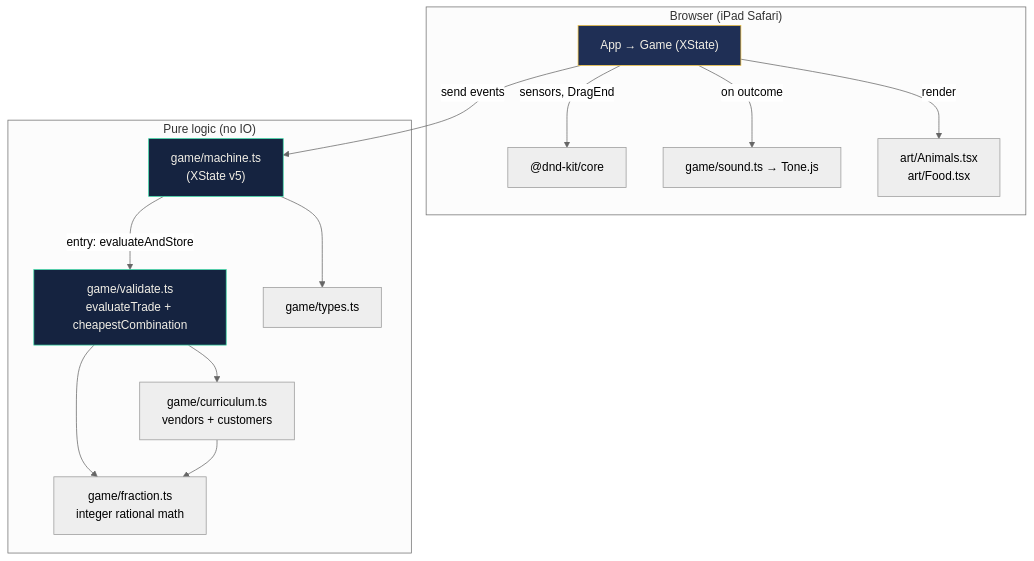
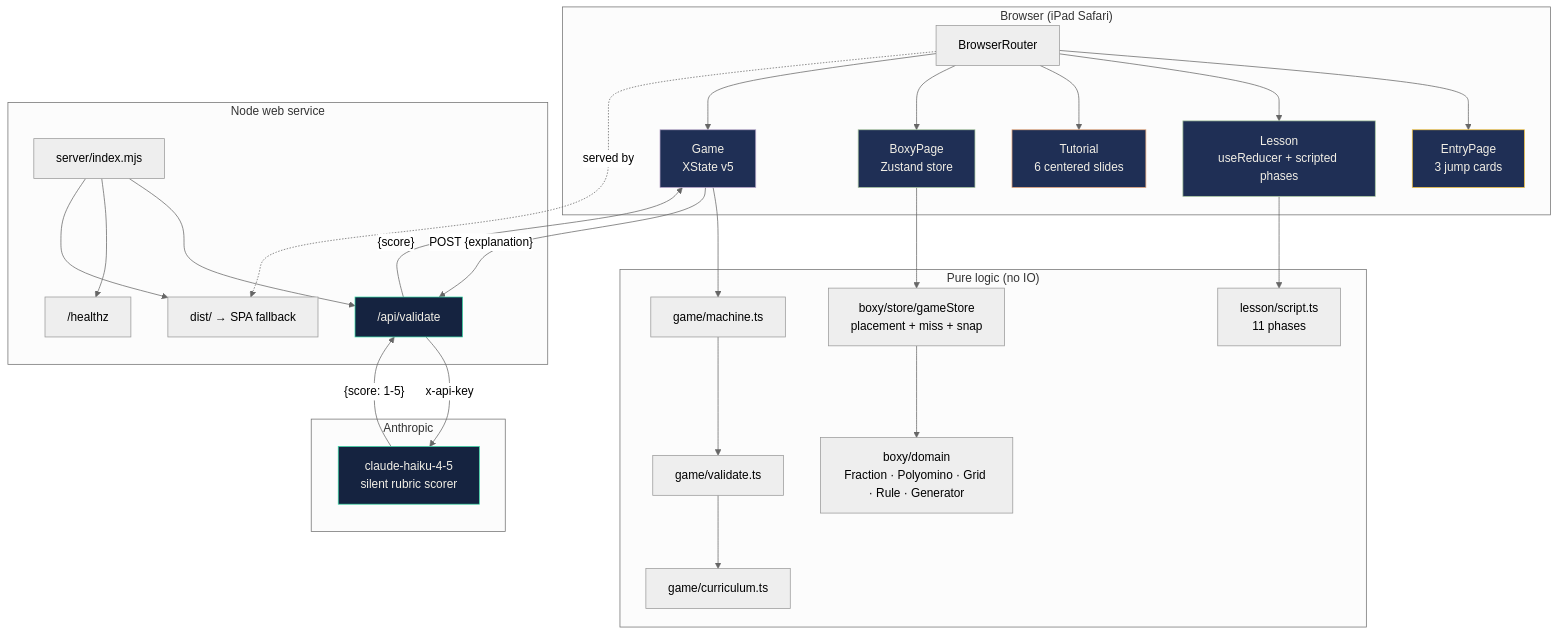
The first of 4 diagrams in docs/ARCHITECTURE.md (scott-lydon/clone-synthesis-tutor), drawn with Mermaid (neutral theme) before and after one commit. The commit also changed other lines of this file and 3 other files, not shown here.

First line of the commit message:
docs(arch): unified ARCHITECTURE.md + single-page website at /architecture

````diff
--- a/docs/ARCHITECTURE.md
+++ b/docs/ARCHITECTURE.md
@@ -7,31 +9,62 @@
 ```mermaid
 flowchart TD
-  subgraph "Browser (iPad Safari)"
-    UI["App → Game (XState)"]
-    DnD["@dnd-kit/core"]
-    Sound["game/sound.ts → Tone.js"]
-    Art["art/Animals.tsx<br/>art/Food.tsx"]
+  subgraph Browser["Browser (iPad Safari)"]
+    Router["BrowserRouter"]
+    Entry["EntryPage<br/>3 jump cards"]
+    Lesson["Lesson<br/>useReducer + scripted phases"]
+    Tutorial["Tutorial<br/>6 centered slides"]
+    Boxy["BoxyPage<br/>Zustand store"]
+    Trade["Game<br/>XState v5"]
   end
 
-  subgraph "Pure logic (no IO)"
-    Machine["game/machine.ts<br/>(XState v5)"]
-    Validate["game/validate.ts<br/>evaluateTrade + cheapestCombination"]
-    Frac["game/fraction.ts<br/>integer rational math"]
-    Curr["game/curriculum.ts<br/>vendors + customers"]
-    Types["game/types.ts"]
+  subgraph Pure["Pure logic (no IO)"]
+    LessonScript["lesson/script.ts<br/>11 phases"]
+    BoxyDomain["boxy/domain<br/>Fraction · Polyomino · Grid · Rule · Generator"]
+    BoxyStore["boxy/store/gameStore<br/>placement + miss + snap"]
+    TradeMachine["game/machine.ts"]
+    TradeValidate["game/validate.ts"]
+    Curriculum["game/curriculum.ts"]
   end
 
-  UI -->|sensors, DragEnd| DnD
-  UI -->|send events| Machine
-  Machine -->|entry: evaluateAndStore| Validate
-  Validate --> Frac
-  Validate --> Curr
-  Machine --> Types
-  Curr --> Frac
-  UI -->|render| Art
-  UI -->|on outcome| Sound
+  subgraph Server["Node web service"]
+    Express["server/index.mjs"]
+    Validate["/api/validate"]
+    Healthz["/healthz"]
+    SPA["dist/ → SPA fallback"]
+  end
 
-  style UI fill:#1f2f55,stroke:#f5c542,color:#f2efe6
-  style Machine fill:#152340,stroke:#3ad9a6,color:#f2efe6
+  subgraph Anthropic["Anthropic"]
+    Haiku["claude-haiku-4-5<br/>silent rubric scorer"]
+  end
+
+  Router --> Entry
+  Router --> Lesson
+  Router --> Tutorial
+  Router --> Boxy
+  Router --> Trade
+
+  Lesson --> LessonScript
+  Boxy --> BoxyStore
+  BoxyStore --> BoxyDomain
+  Trade --> TradeMachine
+  TradeMachine --> TradeValidate
+  TradeValidate --> Curriculum
+
+  Trade -- "POST {explanation}" --> Validate
+  Validate -- "x-api-key" --> Haiku
+  Haiku -- "{score: 1-5}" --> Validate
+  Validate -- "{score}" --> Trade
+
+  Express --> Validate
+  Express --> Healthz
+  Express --> SPA
+  Router -. "served by" .-> SPA
+
+  style Entry fill:#1f2f55,stroke:#f5c542,color:#f2efe6
+  style Lesson fill:#1f2f55,stroke:#a8c69f,color:#f2efe6
+  style Tutorial fill:#1f2f55,stroke:#e8a87c,color:#f2efe6
+  style Boxy fill:#1f2f55,stroke:#a8c69f,color:#f2efe6
+  style Trade fill:#1f2f55,stroke:#b8a7c9,color:#f2efe6
   style Validate fill:#152340,stroke:#3ad9a6,color:#f2efe6
+  style Haiku fill:#152340,stroke:#3ad9a6,color:#f2efe6
 ```
````
